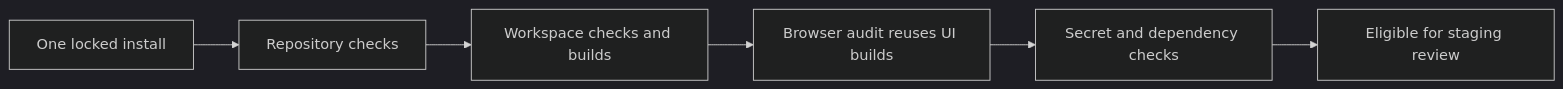
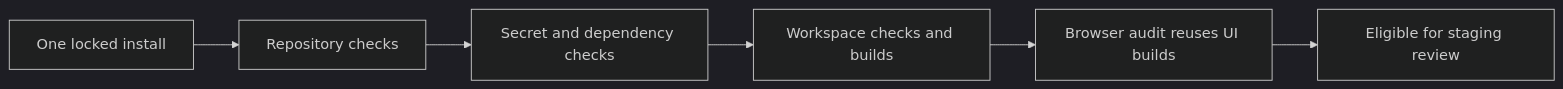
Before and after one commit to mdnuruzzamannirob/sportzone: the third of 4 diagrams in docs/TESTING.md, drawn with Mermaid (dark theme). The commit also changed 6 other files, not shown here.

Commit message:
fix: patch vulnerable CI dependency and fail security checks early

````diff
--- a/docs/TESTING.md
+++ b/docs/TESTING.md
@@ -1014,8 +1014,8 @@
 ```mermaid
 flowchart LR
     Setup[One locked install] --> Repo[Repository checks]
-    Repo --> Apps[Workspace checks and builds]
+    Repo --> Security[Secret and dependency checks]
+    Security --> Apps[Workspace checks and builds]
     Apps --> Browser[Browser audit reuses UI builds]
-    Browser --> Security[Secret and dependency checks]
-    Security --> Review[Eligible for staging review]
+    Browser --> Review[Eligible for staging review]
 ```
````
